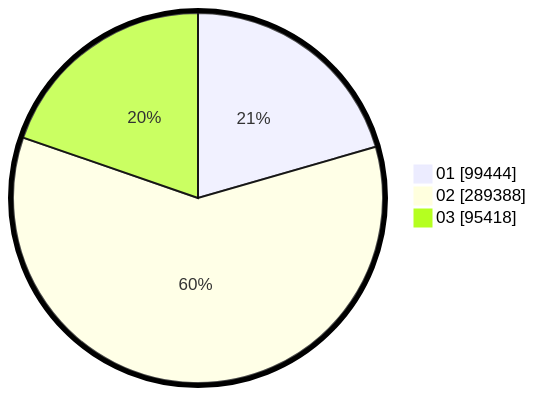
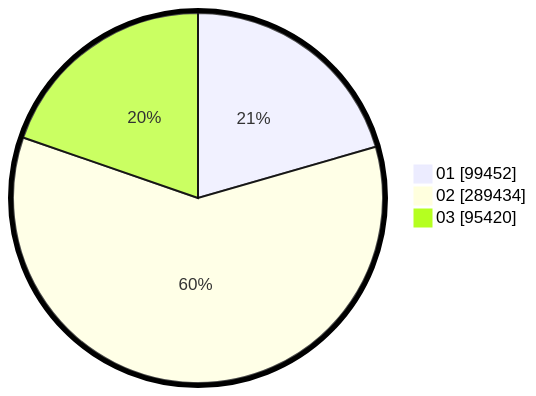
Before and after one commit to gigit-pemilu/pemilu-2024: the second of 2 diagrams in pilpres/hitung-suara/sub/table-wilayah-99.md, drawn with Mermaid. The commit also changed other lines of this file and 6 other files, not shown here.

````diff
--- a/pilpres/hitung-suara/sub/table-wilayah-99.md
+++ b/pilpres/hitung-suara/sub/table-wilayah-99.md
@@ -15,7 +15,7 @@
 ```mermaid
 %%{init: {"pie": {"textPosition": 0.5}, "themeVariables": {"pieOuterStrokeWidth": "5px"}} }%%
 pie showData
-    "01" : 99444
-    "02" : 289388
-    "03" : 95418
+    "01" : 99452
+    "02" : 289434
+    "03" : 95420
 ```
````
